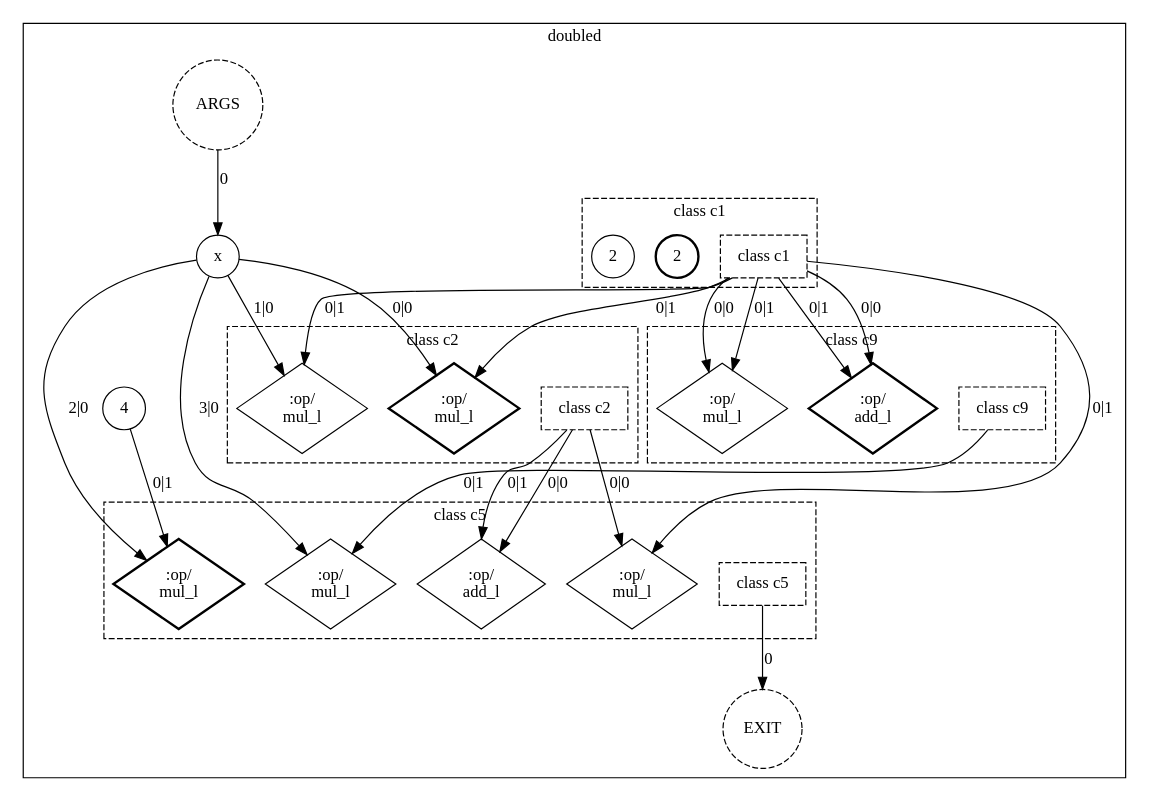
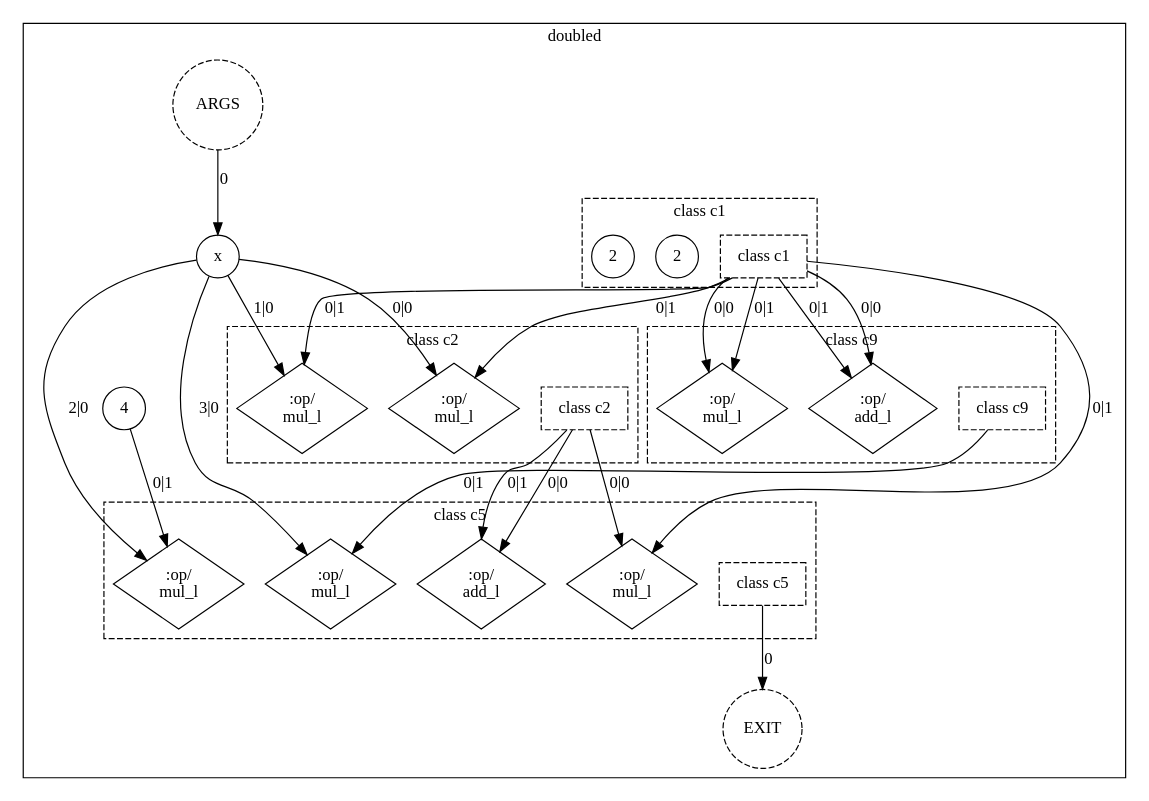
Before and after one commit to OpenCML/Camel: the diagram in docs/tutorial/images/17_rule_saturate.dot, drawn with Graphviz. The commit also changed 27 other files, not shown here.

```diff
--- a/docs/tutorial/images/17_rule_saturate.dot
+++ b/docs/tutorial/images/17_rule_saturate.dot
@@ -1,59 +1,58 @@
 digraph GraphIR {
         subgraph cluster_F06 {
             label="doubled";
             tooltip="(x: int) => int pure";
-            writings_cost="weighted";
             F06 [label="ARGS", type="ARGS", style=dashed, shape=circle];
             O06 [label="EXIT", type="EXIT", style=dashed, shape=circle];
             N13 [label="x", type="PORT", param_name="x", param_kind="normal", param_index="0", value_type="int", shape=circle, style=solid, tooltip="x"];
             subgraph cluster_class_C01 {
             label="class c1";
             style=dashed;
             C01 [label="class c1", type="CLASS", shape=box, style=dashed, fixedsize=false];
-                N14 [label="2", type="DATA", shape=circle, style=solid, value_type="int", tooltip="2", class="c1", chosen="true", penwidth=2];
+                N14 [label="2", type="DATA", shape=circle, style=solid, value_type="int", tooltip="2", class="c1"];
                 N15 [label="2", type="DATA", shape=circle, style=solid, value_type="int", tooltip="2", class="c1"];
             }
             subgraph cluster_class_C02 {
             label="class c2";
             style=dashed;
             C02 [label="class c2", type="CLASS", shape=box, style=dashed, fixedsize=false];
-                N16 [label=":op/\nmul_l", type="OPER", shape=diamond, style=solid, value_type="int", tooltip=":op/mul_l", class="c2", chosen="true", penwidth=2];
+                N16 [label=":op/\nmul_l", type="OPER", shape=diamond, style=solid, value_type="int", tooltip=":op/mul_l", class="c2"];
                 N17 [label=":op/\nmul_l", type="OPER", shape=diamond, style=solid, value_type="int", tooltip=":op/mul_l", class="c2"];
             }
             subgraph cluster_class_C03 {
             label="class c5";
             style=dashed;
             C03 [label="class c5", type="CLASS", shape=box, style=dashed, fixedsize=false];
                 N18 [label=":op/\nadd_l", type="OPER", shape=diamond, style=solid, value_type="int", tooltip=":op/add_l", class="c5"];
-                N19 [label=":op/\nmul_l", type="OPER", shape=diamond, style=solid, value_type="int", tooltip=":op/mul_l", class="c5", chosen="true", penwidth=2];
+                N19 [label=":op/\nmul_l", type="OPER", shape=diamond, style=solid, value_type="int", tooltip=":op/mul_l", class="c5"];
                 N1A [label=":op/\nmul_l", type="OPER", shape=diamond, style=solid, value_type="int", tooltip=":op/mul_l", class="c5"];
                 N1B [label=":op/\nmul_l", type="OPER", shape=diamond, style=solid, value_type="int", tooltip=":op/mul_l", class="c5"];
             }
             subgraph cluster_class_C04 {
             label="class c9";
             style=dashed;
             C04 [label="class c9", type="CLASS", shape=box, style=dashed, fixedsize=false];
-                N1C [label=":op/\nadd_l", type="OPER", shape=diamond, style=solid, value_type="int", tooltip=":op/add_l", class="c9", chosen="true", penwidth=2];
+                N1C [label=":op/\nadd_l", type="OPER", shape=diamond, style=solid, value_type="int", tooltip=":op/add_l", class="c9"];
                 N1D [label=":op/\nmul_l", type="OPER", shape=diamond, style=solid, value_type="int", tooltip=":op/mul_l", class="c9"];
             }
             N1E [label="4", type="DATA", shape=circle, style=solid, value_type="int", tooltip="4"];
             F06 -> N13 [label="0", type="NORM_PORT", style=solid];
             C03 -> O06 [label="0", type="EXIT", style=solid];
             N13 -> N16 [label="0|0", type="NORM"];
             C01 -> N16 [label="0|1", type="NORM"];
             N13 -> N17 [label="1|0", type="NORM"];
             C01 -> N17 [label="0|1", type="NORM"];
             C02 -> N18 [label="0|0", type="NORM"];
             C02 -> N18 [label="0|1", type="NORM"];
             N13 -> N19 [label="2|0", type="NORM"];
             N1E -> N19 [label="0|1", type="NORM"];
             C02 -> N1A [label="0|0", type="NORM"];
             C01 -> N1A [label="0|1", type="NORM"];
             C01 -> N1C [label="0|0", type="NORM"];
             C01 -> N1C [label="0|1", type="NORM"];
             N13 -> N1B [label="3|0", type="NORM"];
             C04 -> N1B [label="0|1", type="NORM"];
             C01 -> N1D [label="0|0", type="NORM"];
             C01 -> N1D [label="0|1", type="NORM"];
         }
 }
```
